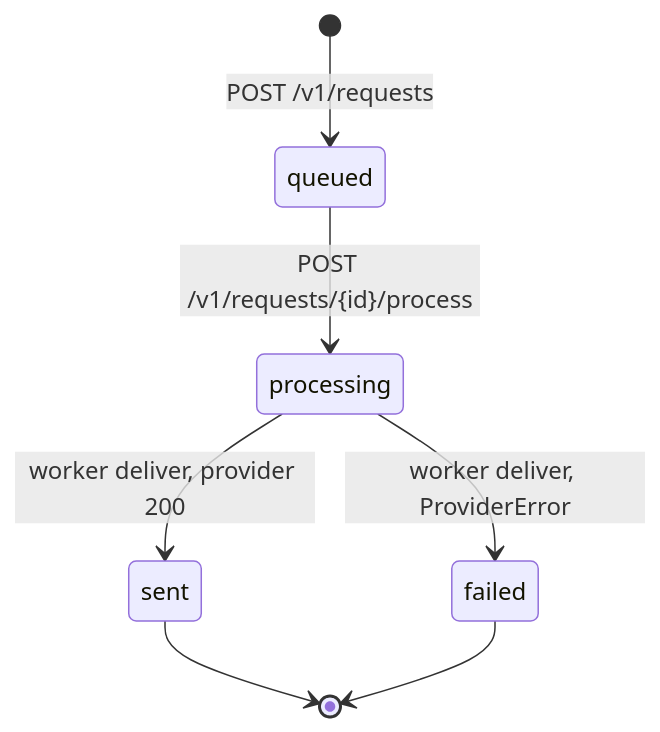
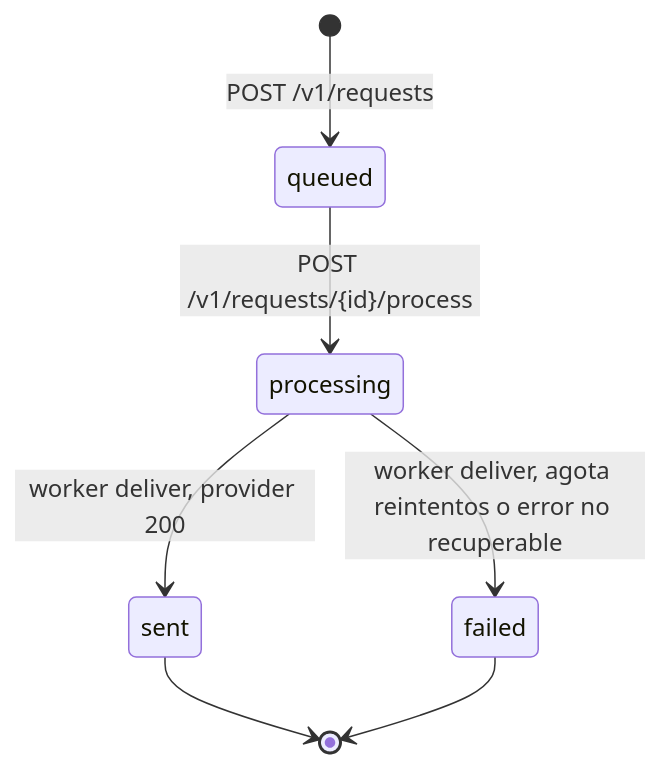
The diagram in README.md (Franziskeer/ams-solutions-prueba-backend-python), drawn with Mermaid before and after one commit. The commit also changed other lines of this file and 6 other files, not shown here.

````diff
--- a/README.md
+++ b/README.md
@@ -95,9 +95,9 @@
 ```mermaid
 stateDiagram-v2
     [*] --> queued: POST /v1/requests
     queued --> processing: POST /v1/requests/{id}/process
     processing --> sent: worker deliver, provider 200
-    processing --> failed: worker deliver, ProviderError
+    processing --> failed: worker deliver, agota reintentos o error no recuperable
     sent --> [*]
     failed --> [*]
 ```
````
